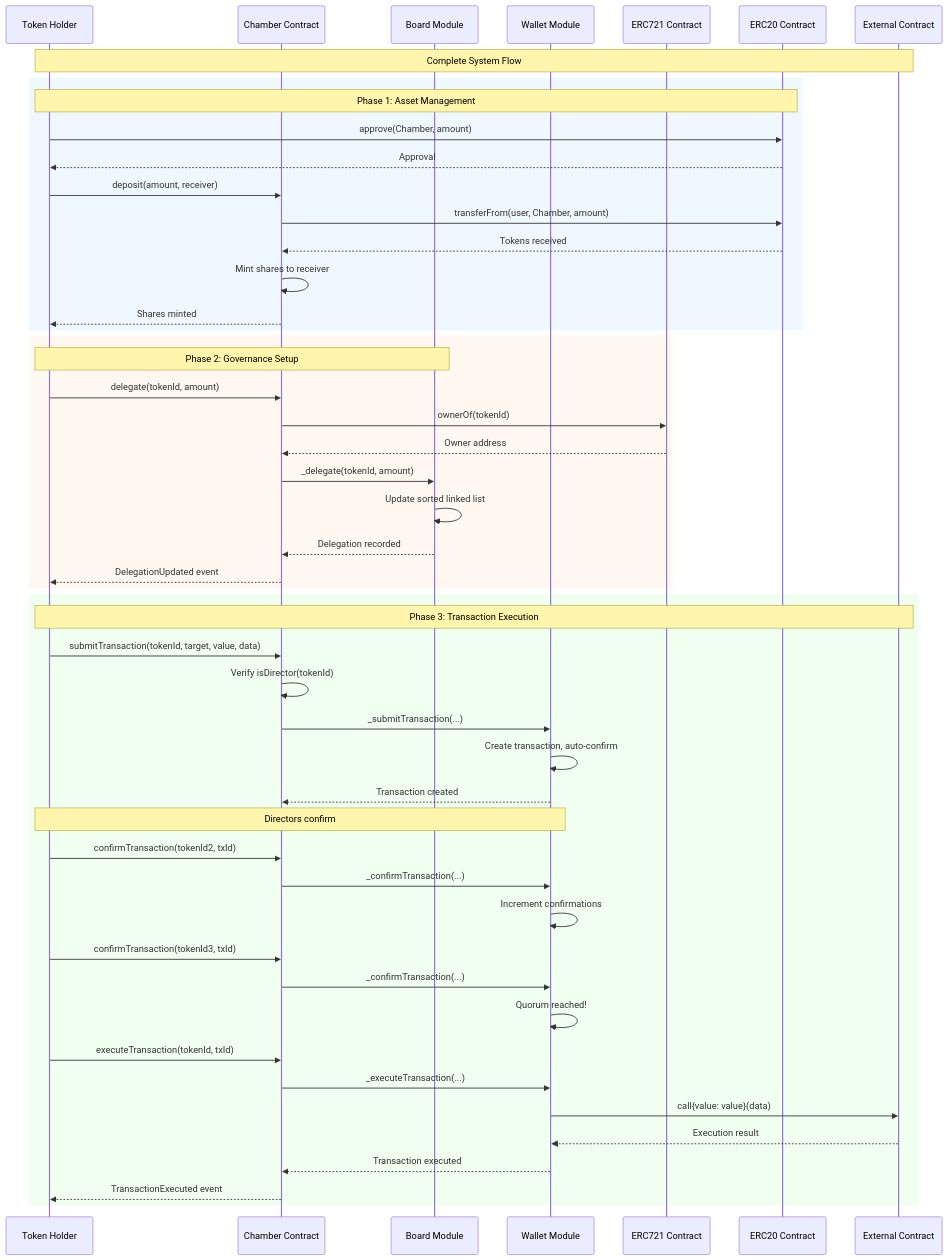
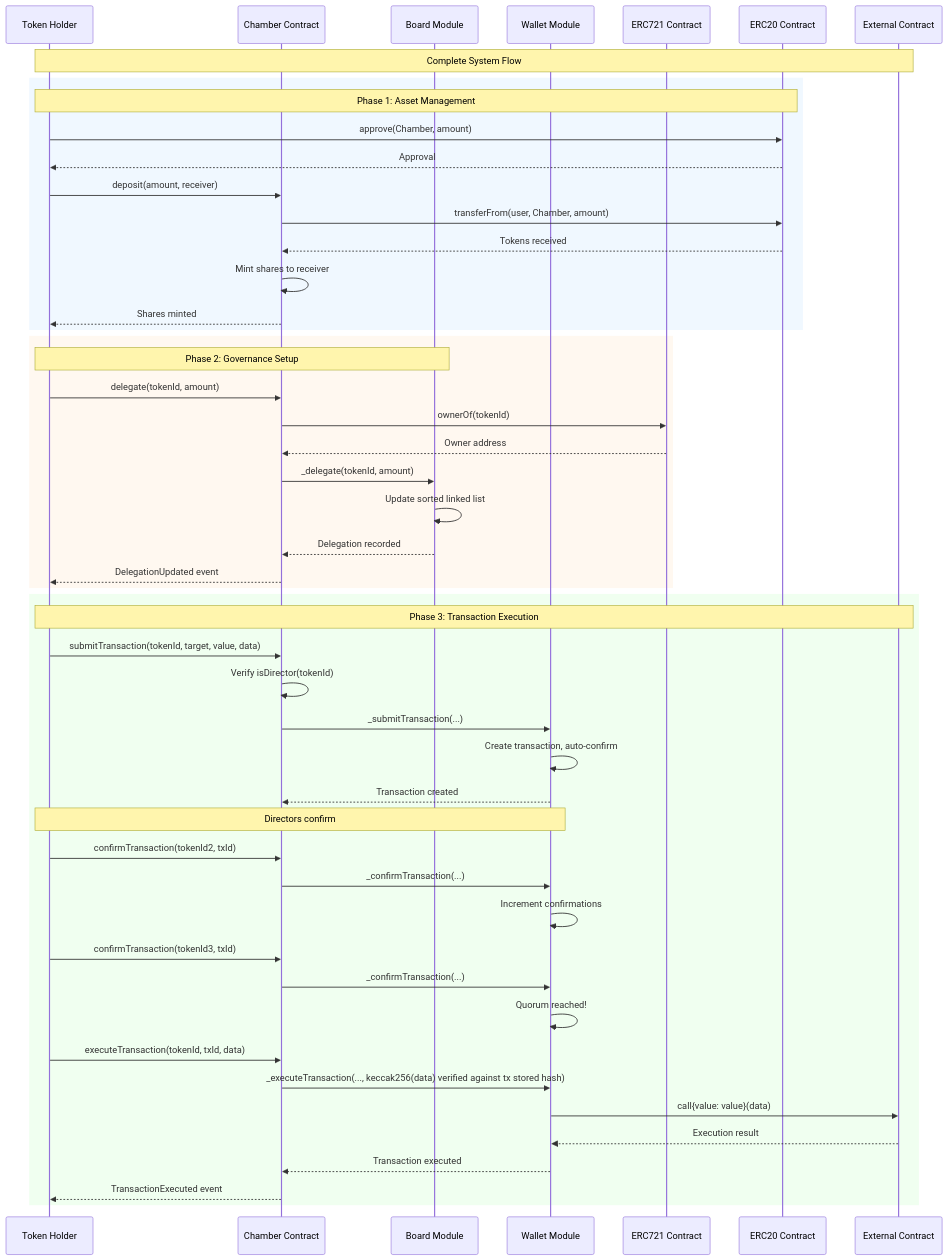
The first of 11 diagrams in app/src/docs/reference/sequence-diagrams.md (loreum-org/chamber), drawn with Mermaid before and after one commit. The commit also changed other lines of this file and 14 other files, not shown here.

````diff
--- a/app/src/docs/reference/sequence-diagrams.md
+++ b/app/src/docs/reference/sequence-diagrams.md
@@ -25,59 +25,59 @@
 ```mermaid
 sequenceDiagram
     participant User as Token Holder
     participant Chamber as Chamber Contract
     participant Board as Board Module
     participant Wallet as Wallet Module
     participant NFT as ERC721 Contract
     participant ERC20 as ERC20 Contract
     participant External as External Contract
 
     Note over User,External: Complete System Flow
 
     rect rgb(240, 248, 255)
         Note over User,ERC20: Phase 1: Asset Management
         User->>ERC20: approve(Chamber, amount)
         ERC20-->>User: Approval
         User->>Chamber: deposit(amount, receiver)
         Chamber->>ERC20: transferFrom(user, Chamber, amount)
         ERC20-->>Chamber: Tokens received
         Chamber->>Chamber: Mint shares to receiver
         Chamber-->>User: Shares minted
     end
 
     rect rgb(255, 248, 240)
         Note over User,Board: Phase 2: Governance Setup
         User->>Chamber: delegate(tokenId, amount)
         Chamber->>NFT: ownerOf(tokenId)
         NFT-->>Chamber: Owner address
         Chamber->>Board: _delegate(tokenId, amount)
         Board->>Board: Update sorted linked list
         Board-->>Chamber: Delegation recorded
         Chamber-->>User: DelegationUpdated event
     end
 
     rect rgb(240, 255, 240)
         Note over User,External: Phase 3: Transaction Execution
         User->>Chamber: submitTransaction(tokenId, target, value, data)
         Chamber->>Chamber: Verify isDirector(tokenId)
         Chamber->>Wallet: _submitTransaction(...)
         Wallet->>Wallet: Create transaction, auto-confirm
         Wallet-->>Chamber: Transaction created
         
         Note over User,Wallet: Directors confirm
         User->>Chamber: confirmTransaction(tokenId2, txId)
         Chamber->>Wallet: _confirmTransaction(...)
         Wallet->>Wallet: Increment confirmations
         
         User->>Chamber: confirmTransaction(tokenId3, txId)
         Chamber->>Wallet: _confirmTransaction(...)
         Wallet->>Wallet: Quorum reached!
         
-        User->>Chamber: executeTransaction(tokenId, txId)
-        Chamber->>Wallet: _executeTransaction(...)
+        User->>Chamber: executeTransaction(tokenId, txId, data)
+        Chamber->>Wallet: _executeTransaction(..., keccak256(data) verified against tx stored hash)
         Wallet->>External: call{value: value}(data)
         External-->>Wallet: Execution result
         Wallet-->>Chamber: Transaction executed
         Chamber-->>User: TransactionExecuted event
     end
 ```
````
